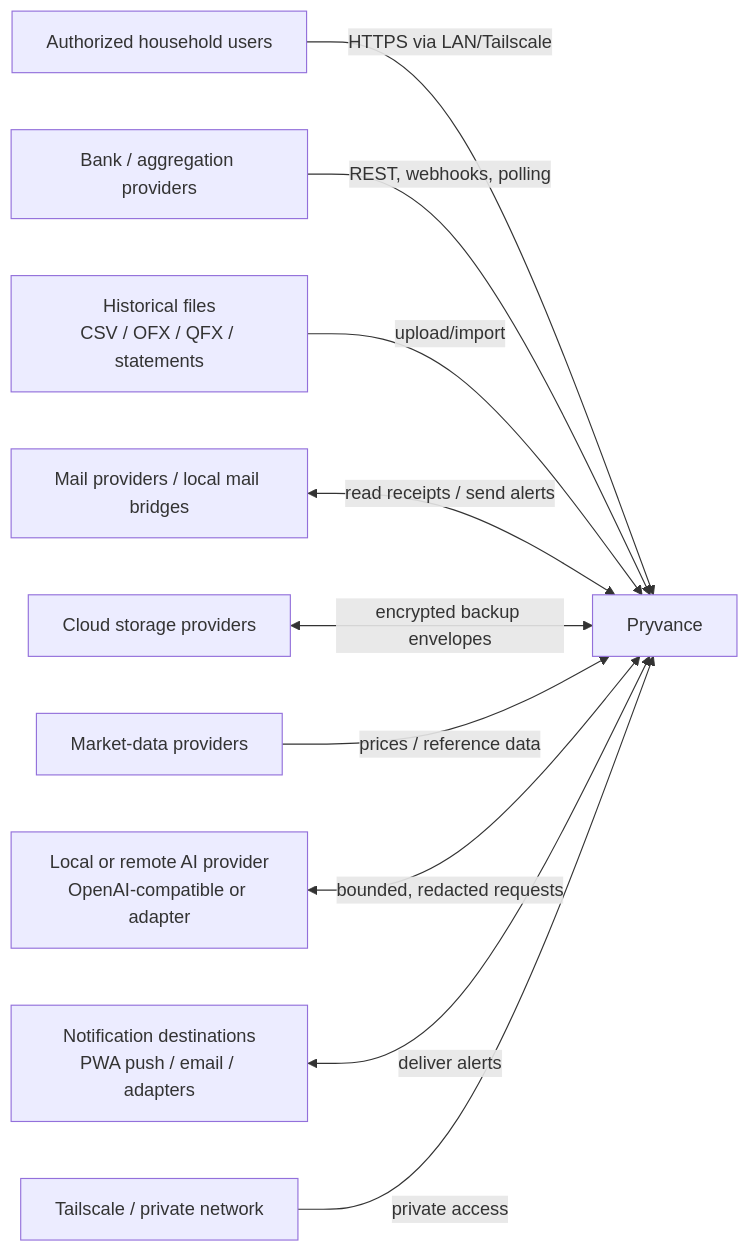
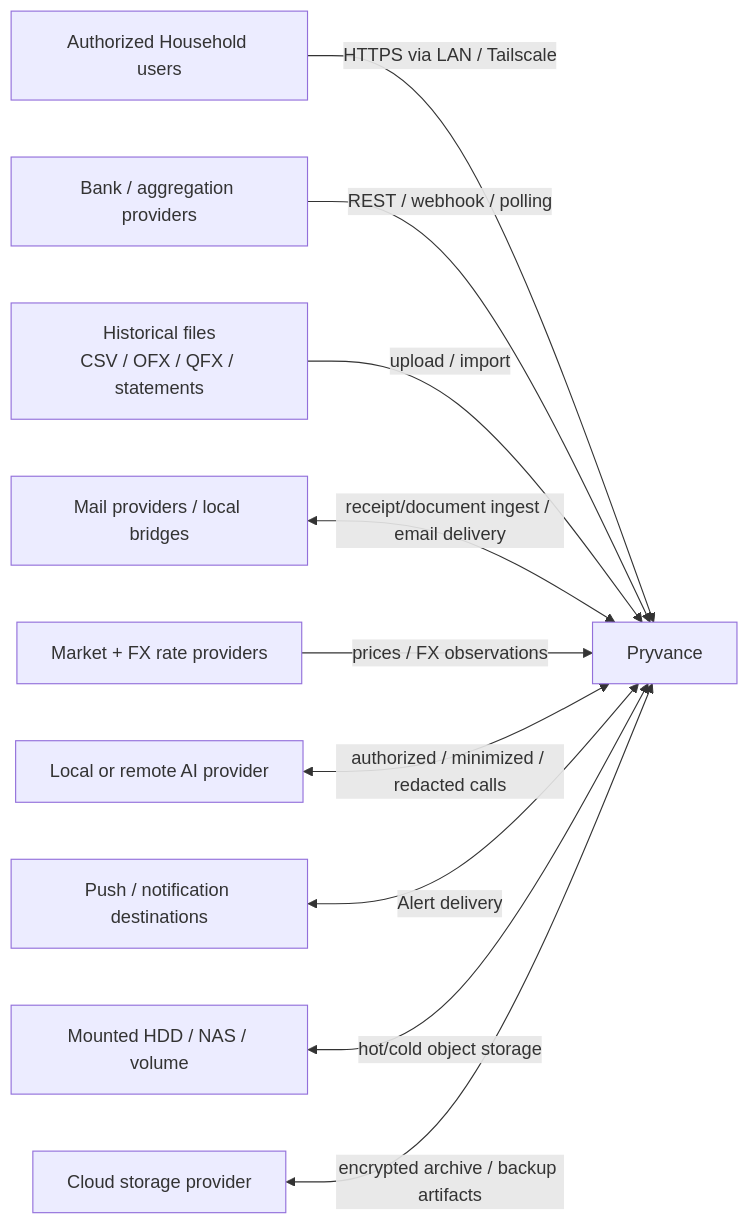
Before and after one commit to blac9216/Pryvance: the first of 9 diagrams in docs/explanation/architecture.md, drawn with Mermaid. The commit also changed other lines of this file and 6 other files, not shown here.

````diff
--- a/docs/explanation/architecture.md
+++ b/docs/explanation/architecture.md
@@ -17,12 +11,12 @@
 ```mermaid
 flowchart LR
-    U[Authorized household users] -->|HTTPS via LAN/Tailscale| P[Pryvance]
-    B[Bank / aggregation providers] -->|REST, webhooks, polling| P
-    F[Historical files\nCSV / OFX / QFX / statements] -->|upload/import| P
-    M[Mail providers / local mail bridges] <-->|read receipts / send alerts| P
-    C[Cloud storage providers] <-->|encrypted backup envelopes| P
-    MD[Market-data providers] -->|prices / reference data| P
-    AI[Local or remote AI provider\nOpenAI-compatible or adapter] <-->|bounded, redacted requests| P
-    N[Notification destinations\nPWA push / email / adapters] <-->|deliver alerts| P
-    T[Tailscale / private network] -->|private access| P
+    U[Authorized Household users] -->|HTTPS via LAN / Tailscale| P[Pryvance]
+    B[Bank / aggregation providers] -->|REST / webhook / polling| P
+    F[Historical files\nCSV / OFX / QFX / statements] -->|upload / import| P
+    M[Mail providers / local bridges] <-->|receipt/document ingest / email delivery| P
+    MD[Market + FX rate providers] -->|prices / FX observations| P
+    AI[Local or remote AI provider] <-->|authorized / minimized / redacted calls| P
+    N[Push / notification destinations] <-->|Alert delivery| P
+    S[Mounted HDD / NAS / volume] <-->|hot/cold object storage| P
+    C[Cloud storage provider] <-->|encrypted archive / backup artifacts| P
 ```
````
